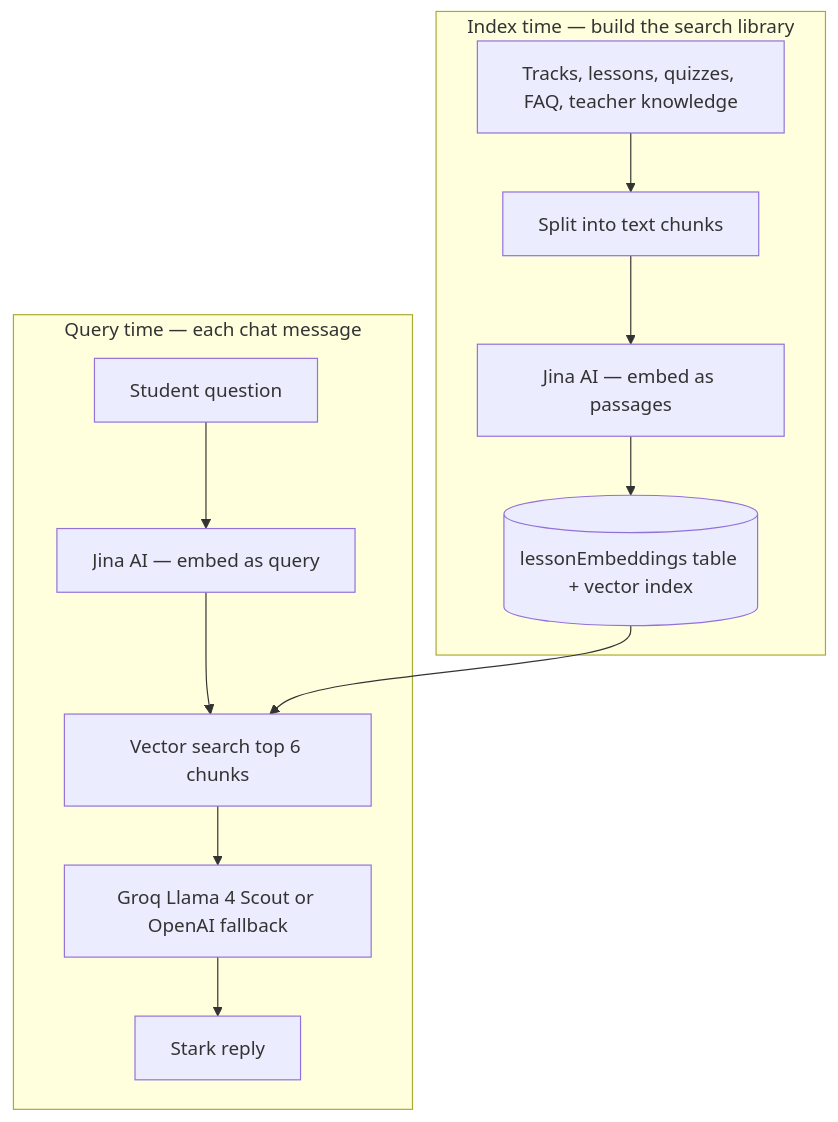
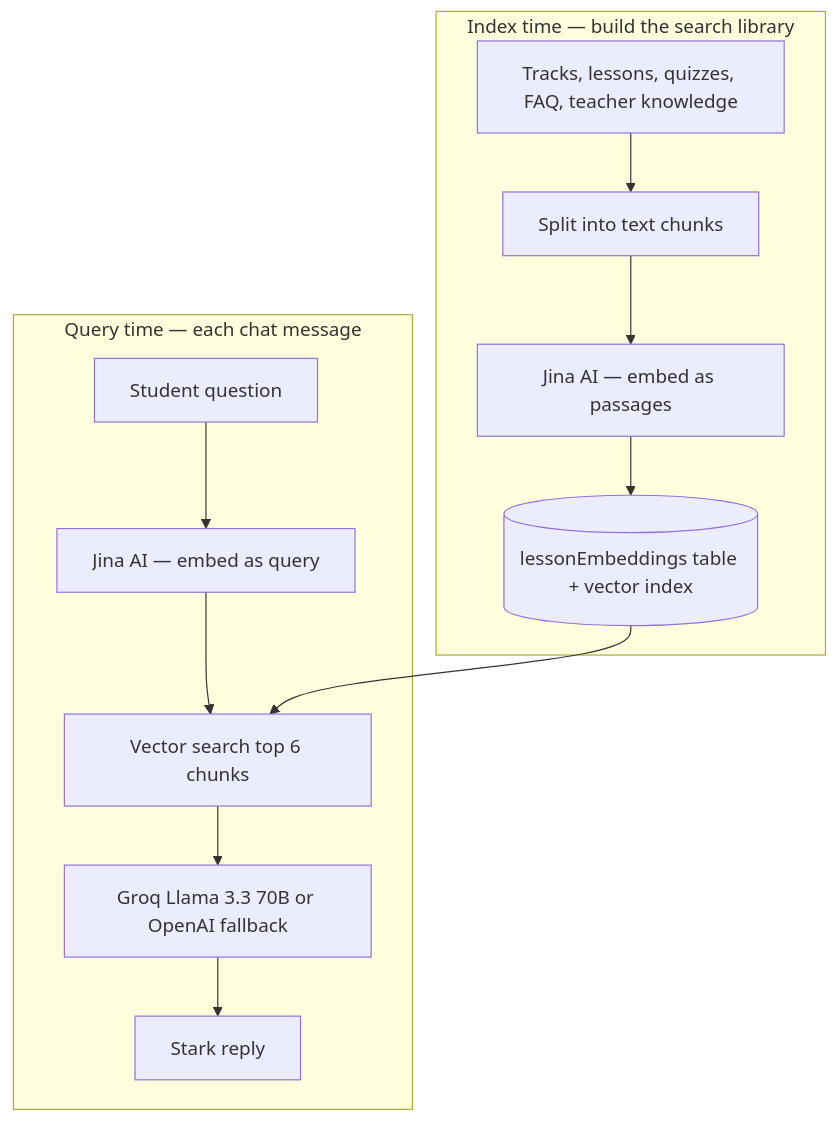
One commit to shawn76ersfan/complxsimplelearn changed the diagram in docs/rag/README.md. Above: the diagram before and after it, drawn with Mermaid. The commit also changed other lines of this file and 1 other file, not shown here.

Commit message:
Link public Stark RAG architecture guide

````diff
--- a/docs/rag/README.md
+++ b/docs/rag/README.md
@@ -11,20 +15,20 @@
 ```mermaid
 flowchart TB
   subgraph indexTime [Index time — build the search library]
     Content[Tracks, lessons, quizzes, FAQ, teacher knowledge]
     Chunk[Split into text chunks]
     JinaDoc[Jina AI — embed as passages]
     DB[(lessonEmbeddings table + vector index)]
     Content --> Chunk --> JinaDoc --> DB
   end
 
   subgraph queryTime [Query time — each chat message]
     Question[Student question]
     JinaQ[Jina AI — embed as query]
     Search[Vector search top 6 chunks]
-    LLM[Groq Llama 4 Scout or OpenAI fallback]
+    LLM[Groq Llama 3.3 70B or OpenAI fallback]
     Answer[Stark reply]
     Question --> JinaQ --> Search --> LLM --> Answer
     DB --> Search
   end
 ```
````
